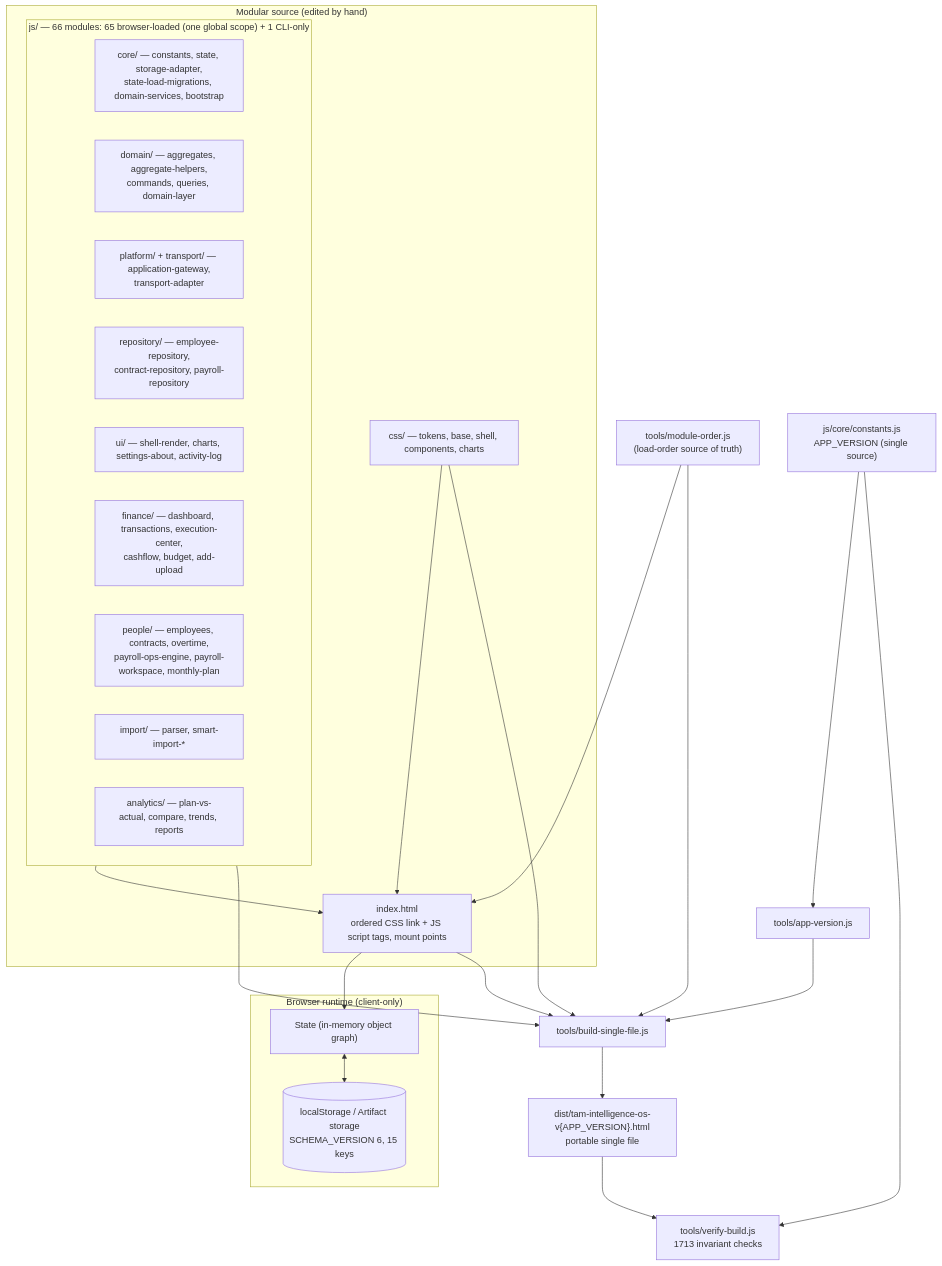
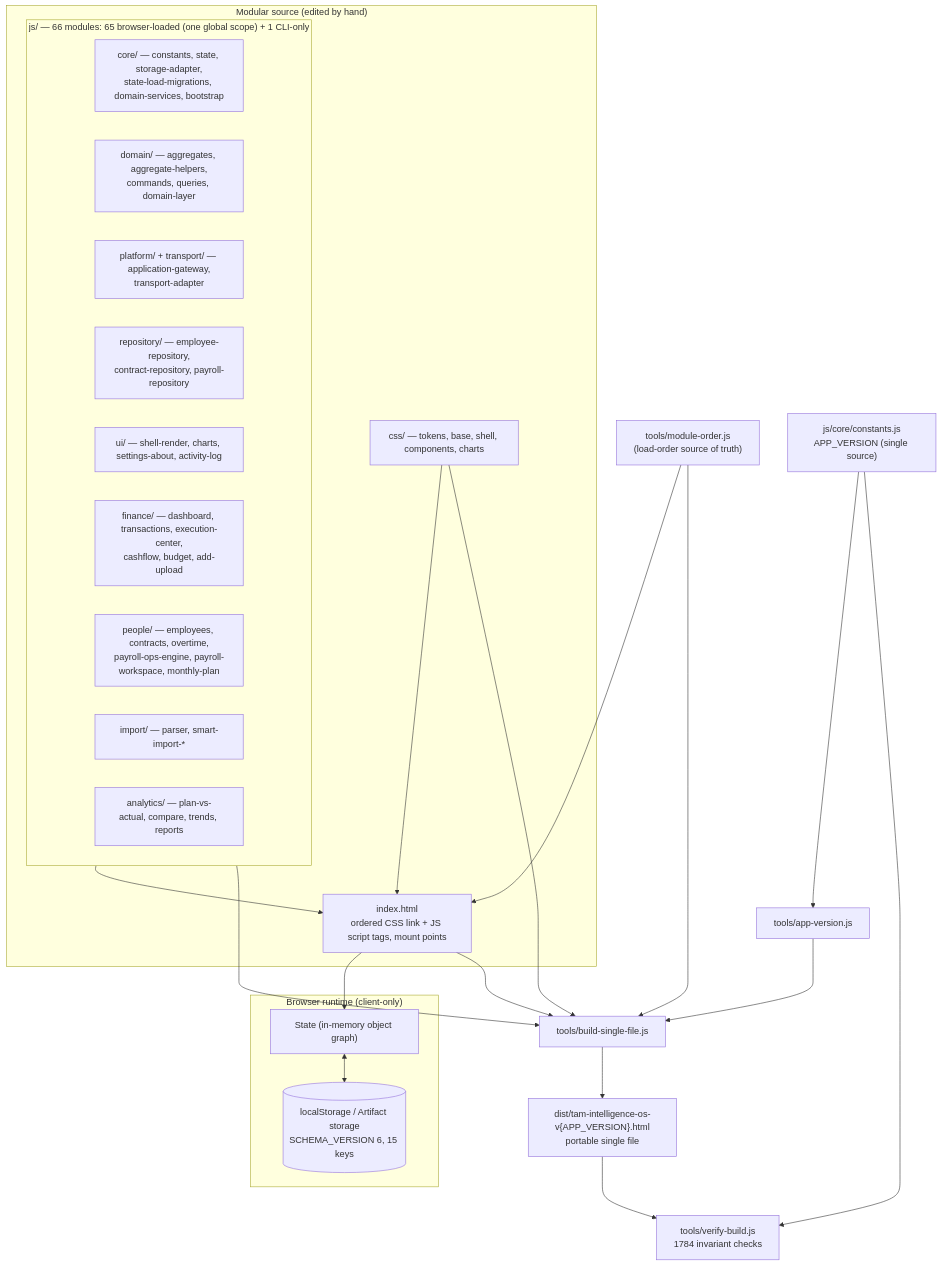
The first of 3 diagrams in ARCHITECTURE.md (fanoryu/TAM-Intelligence-OS), drawn with Mermaid before and after one commit. The commit also changed other lines of this file and 9 other files, not shown here.

````diff
--- a/ARCHITECTURE.md
+++ b/ARCHITECTURE.md
@@ -78,45 +80,45 @@
 ```mermaid
 flowchart TD
   subgraph SRC["Modular source (edited by hand)"]
     IDX["index.html<br/>ordered CSS link + JS script tags, mount points"]
     CSS["css/ — tokens, base, shell, components, charts"]
     subgraph JSMOD["js/ — 66 modules: 65 browser-loaded (one global scope) + 1 CLI-only"]
       CORE["core/ — constants, state, storage-adapter,<br/>state-load-migrations, domain-services, bootstrap"]
       DOM["domain/ — aggregates, aggregate-helpers,<br/>commands, queries, domain-layer"]
       PLAT["platform/ + transport/ — application-gateway,<br/>transport-adapter"]
       REPO["repository/ — employee-repository,<br/>contract-repository, payroll-repository"]
       UI["ui/ — shell-render, charts, settings-about, activity-log"]
       FIN["finance/ — dashboard, transactions, execution-center,<br/>cashflow, budget, add-upload"]
       PPL["people/ — employees, contracts, overtime,<br/>payroll-ops-engine, payroll-workspace, monthly-plan"]
       IMP["import/ — parser, smart-import-*"]
       ANA["analytics/ — plan-vs-actual, compare, trends, reports"]
     end
   end
 
   subgraph RUN["Browser runtime (client-only)"]
     STATE["State (in-memory object graph)"]
     LS[("localStorage / Artifact storage<br/>SCHEMA_VERSION 6, 15 keys")]
   end
 
   ORDER["tools/module-order.js<br/>(load-order source of truth)"]
   CONST["js/core/constants.js<br/>APP_VERSION (single source)"]
   AV["tools/app-version.js"]
   BUILD["tools/build-single-file.js"]
-  VERIFY["tools/verify-build.js<br/>1713 invariant checks"]
+  VERIFY["tools/verify-build.js<br/>1784 invariant checks"]
   DIST["dist/tam-intelligence-os-v{APP_VERSION}.html<br/>portable single file"]
 
   CSS --> IDX
   JSMOD --> IDX
   IDX --> STATE
   STATE <--> LS
 
   ORDER --> IDX
   ORDER --> BUILD
   CONST --> AV --> BUILD
   IDX --> BUILD
   CSS --> BUILD
   JSMOD --> BUILD
   BUILD --> DIST
   DIST --> VERIFY
   CONST --> VERIFY
 ```
````
